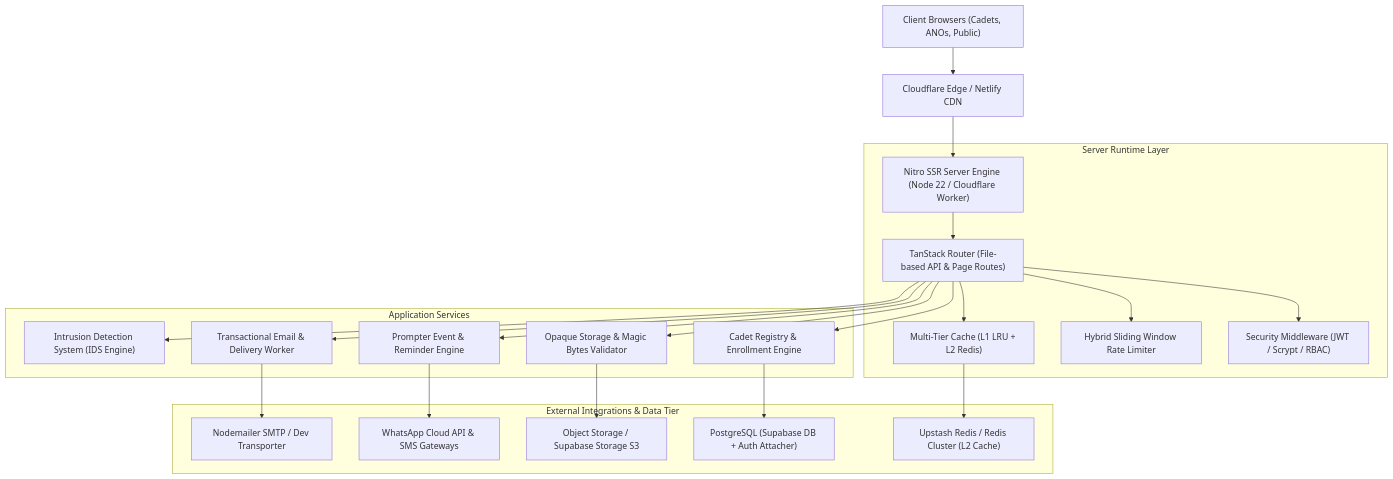
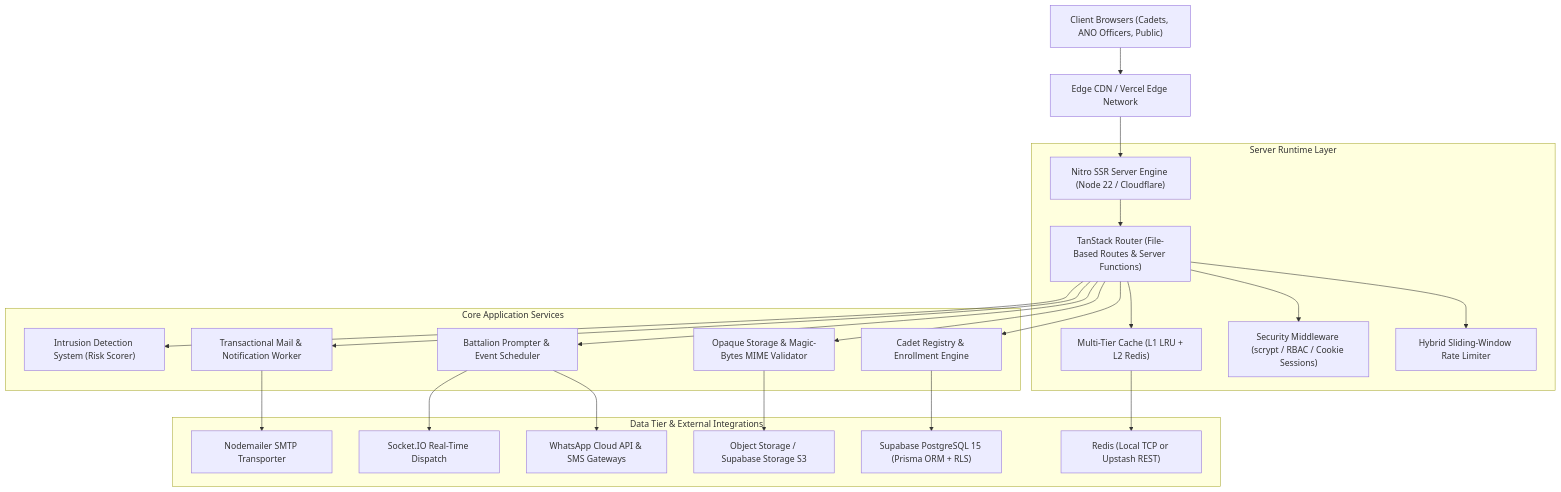
Before and after one commit to Hellthefox808/NCC-CRM-V1.0: the diagram in README.md, drawn with Mermaid. The commit also changed other lines of this file and 8 other files, not shown here.

````diff
--- a/README.md
+++ b/README.md
@@ -27,28 +68,29 @@
 ```mermaid
 graph TD
-    Client["Client Browsers (Cadets, ANOs, Public)"] --> Edge["Cloudflare Edge / Netlify CDN"]
-    Edge --> NitroSSR["Nitro SSR Server Engine (Node 22 / Cloudflare Worker)"]
+    Client["Client Browsers (Cadets, ANO Officers, Public)"] --> Edge["Edge CDN / Vercel Edge Network"]
+    Edge --> NitroSSR["Nitro SSR Server Engine (Node 22 / Cloudflare)"]
 
     subgraph "Server Runtime Layer"
-        NitroSSR --> Router["TanStack Router (File-based API & Page Routes)"]
-        Router --> AuthMiddleware["Security Middleware (JWT / Scrypt / RBAC)"]
-        Router --> RateLimiter["Hybrid Sliding Window Rate Limiter"]
+        NitroSSR --> Router["TanStack Router (File-Based Routes & Server Functions)"]
+        Router --> RateLimiter["Hybrid Sliding-Window Rate Limiter"]
+        Router --> AuthMiddleware["Security Middleware (scrypt / RBAC / Cookie Sessions)"]
         Router --> CacheLayer["Multi-Tier Cache (L1 LRU + L2 Redis)"]
     end
 
-    subgraph "Application Services"
+    subgraph "Core Application Services"
         Router --> CadetRegistry["Cadet Registry & Enrollment Engine"]
-        Router --> StorageService["Opaque Storage & Magic Bytes Validator"]
-        Router --> PrompterService["Prompter Event & Reminder Engine"]
-        Router --> QueueService["Transactional Email & Delivery Worker"]
-        Router --> IDSService["Intrusion Detection System (IDS Engine)"]
+        Router --> StorageService["Opaque Storage & Magic-Bytes MIME Validator"]
+        Router --> PrompterService["Battalion Prompter & Event Scheduler"]
+        Router --> QueueService["Transactional Mail & Notification Worker"]
+        Router --> IDSService["Intrusion Detection System (Risk Scorer)"]
     end
 
-    subgraph "External Integrations & Data Tier"
-        CadetRegistry --> Supabase["PostgreSQL (Supabase DB + Auth Attacher)"]
+    subgraph "Data Tier & External Integrations"
+        CadetRegistry --> Supabase["Supabase PostgreSQL 15 (Prisma ORM + RLS)"]
         StorageService --> S3["Object Storage / Supabase Storage S3"]
-        CacheLayer --> Redis["Upstash Redis / Redis Cluster (L2 Cache)"]
-        QueueService --> SMTP["Nodemailer SMTP / Dev Transporter"]
+        CacheLayer --> Redis["Redis (Local TCP or Upstash REST)"]
+        QueueService --> SMTP["Nodemailer SMTP Transporter"]
         PrompterService --> WhatsApp["WhatsApp Cloud API & SMS Gateways"]
+        PrompterService --> WebSockets["Socket.IO Real-Time Dispatch"]
     end
 ```
````
